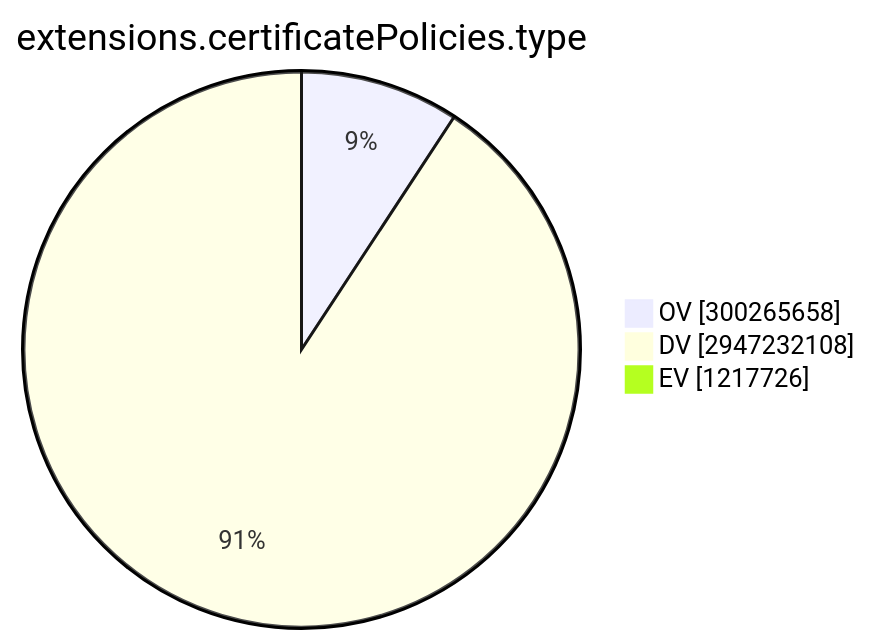
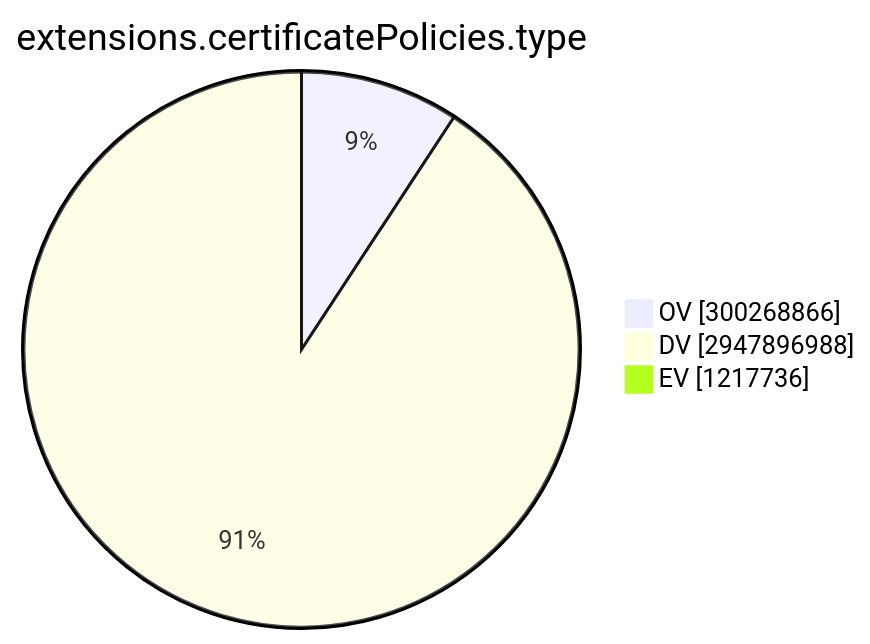
Before and after one commit to christiankrug/ctmonitor_visualization: the ninth of 15 diagrams in TOTAL/README.md, drawn with Mermaid. The commit also changed other lines of this file, not shown here.

````diff
--- a/TOTAL/README.md
+++ b/TOTAL/README.md
@@ -3101,7 +3101,7 @@
 ```mermaid
 pie showData
 title extensions.certificatePolicies.type
-"OV" :300265658
-"DV" :2947232108
-"EV" :1217726
+"OV" :300268866
+"DV" :2947896988
+"EV" :1217736
 ```
````
